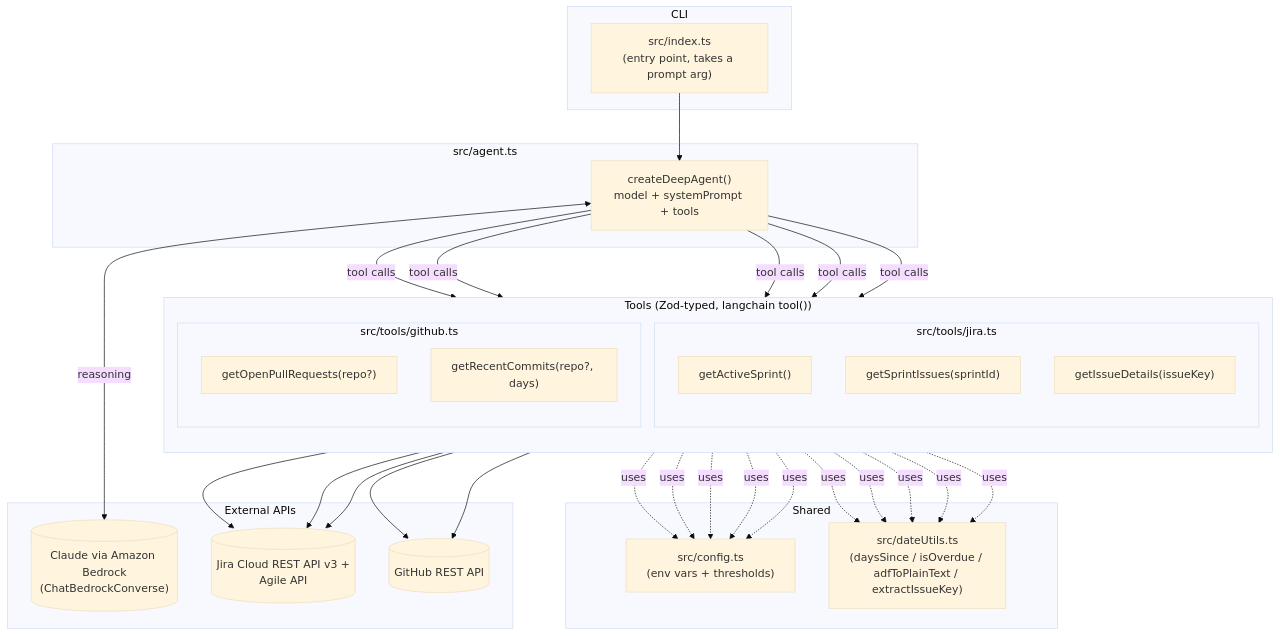
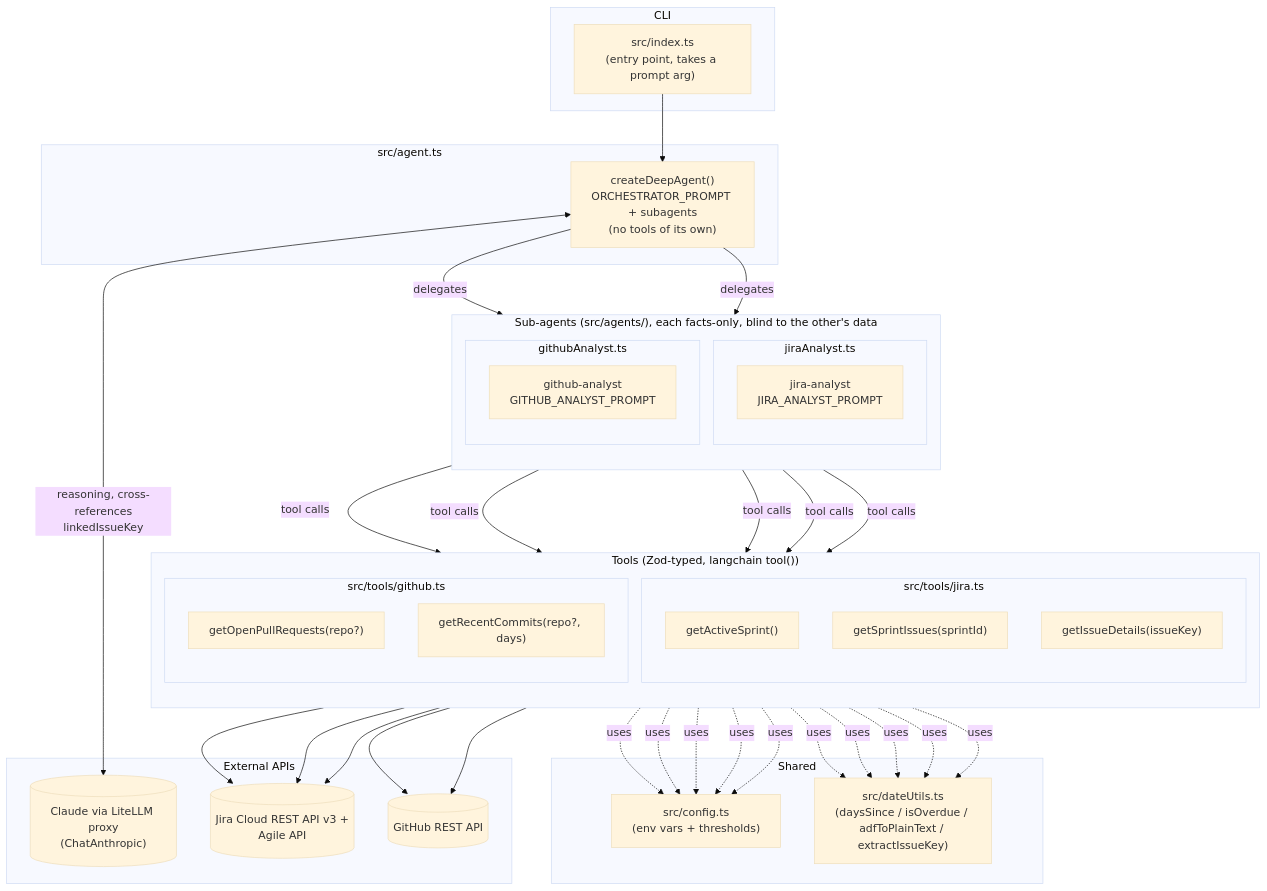
One commit to nijin-vinodan/sprint-manager changed the diagram in README.md. Above: the diagram before and after it, drawn with Mermaid (base theme). The commit also changed other lines of this file and 3 other files, not shown here.

Commit message:
SM-14: Added UI for Dashboard. Sprint Managers can chat with the agent to figure out the results.

````diff
--- a/README.md
+++ b/README.md
@@ -12,46 +12,60 @@
 ```mermaid
 flowchart TB
     subgraph CLI["CLI"]
         idx["src/index.ts<br/>(entry point, takes a prompt arg)"]
     end
 
-    subgraph Agent["src/agent.ts"]
-        da["createDeepAgent()<br/>model + systemPrompt + tools"]
+    subgraph Orchestrator["src/agent.ts"]
+        da["createDeepAgent()<br/>ORCHESTRATOR_PROMPT + subagents<br/>(no tools of its own)"]
+    end
+
+    subgraph SubAgents["Sub-agents (src/agents/), each facts-only, blind to the other's data"]
+        direction TB
+        subgraph JiraAgent["jiraAnalyst.ts"]
+            ja["jira-analyst<br/>JIRA_ANALYST_PROMPT"]
+        end
+        subgraph GitHubAgent["githubAnalyst.ts"]
+            ga["github-analyst<br/>GITHUB_ANALYST_PROMPT"]
+        end
     end
 
     subgraph Tools["Tools (Zod-typed, langchain tool())"]
         direction TB
         subgraph JiraTools["src/tools/jira.ts"]
             t1["getActiveSprint()"]
             t2["getSprintIssues(sprintId)"]
             t3["getIssueDetails(issueKey)"]
         end
         subgraph GitHubTools["src/tools/github.ts"]
             t4["getOpenPullRequests(repo?)"]
             t5["getRecentCommits(repo?, days)"]
         end
     end
 
     subgraph Shared["Shared"]
         cfg["src/config.ts<br/>(env vars + thresholds)"]
         du["src/dateUtils.ts<br/>(daysSince / isOverdue / adfToPlainText / extractIssueKey)"]
     end
 
     subgraph External["External APIs"]
         jira[("Jira Cloud REST API v3 +<br/>Agile API")]
         gh[("GitHub REST API")]
-        model[("Claude via Amazon Bedrock<br/>(ChatBedrockConverse)")]
+        model[("Claude via LiteLLM proxy<br/>(ChatAnthropic)")]
     end
 
     idx --> da
-    da -->|tool calls| t1 & t2 & t3 & t4 & t5
-    da <-->|reasoning| model
+    da -->|delegates| ja
+    da -->|delegates| ga
+    da <-->|reasoning, cross-references<br/>linkedIssueKey| model
+
+    ja -->|tool calls| t1 & t2 & t3
+    ga -->|tool calls| t4 & t5
 
     t1 & t2 & t3 --> jira
     t4 & t5 --> gh
 
     t1 & t2 & t3 -.uses.-> cfg
     t4 & t5 -.uses.-> cfg
     t1 & t2 & t3 -.uses.-> du
     t4 & t5 -.uses.-> du
 ```
````
